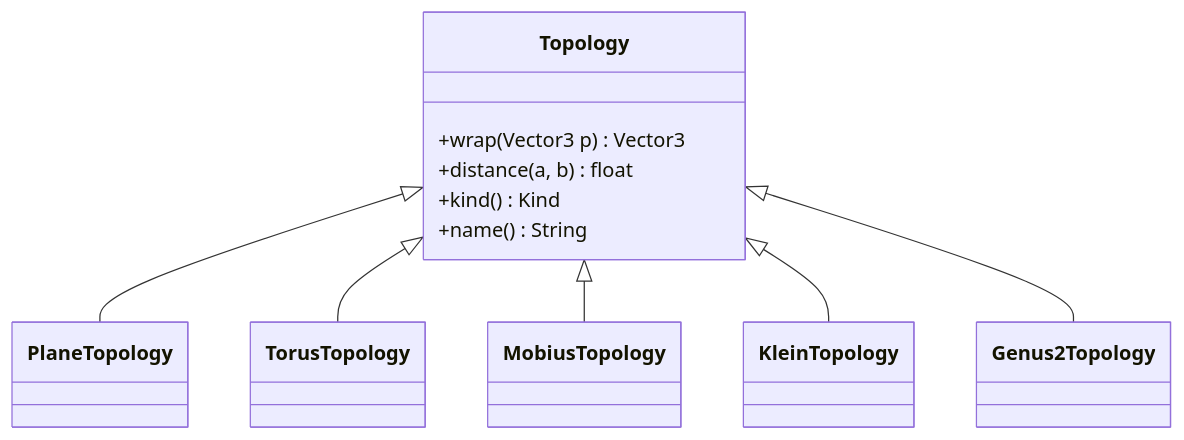
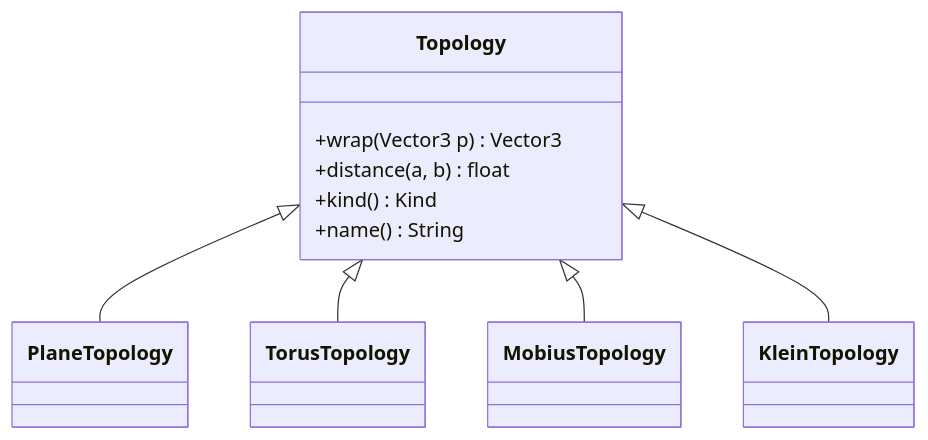
The second of 9 diagrams in docs/ARCHITECTURE.md (sean-reid/clowns-and-mimes), drawn with Mermaid before and after one commit. The commit also changed other lines of this file and 25 other files, not shown here.

````diff
--- a/docs/ARCHITECTURE.md
+++ b/docs/ARCHITECTURE.md
@@ -138,14 +138,13 @@
 ```mermaid
 classDiagram
   class Topology {
     +wrap(Vector3 p) Vector3
     +distance(a, b) float
     +kind() Kind
     +name() String
   }
   Topology <|-- PlaneTopology
   Topology <|-- TorusTopology
   Topology <|-- MobiusTopology
   Topology <|-- KleinTopology
-  Topology <|-- Genus2Topology
 ```
````
